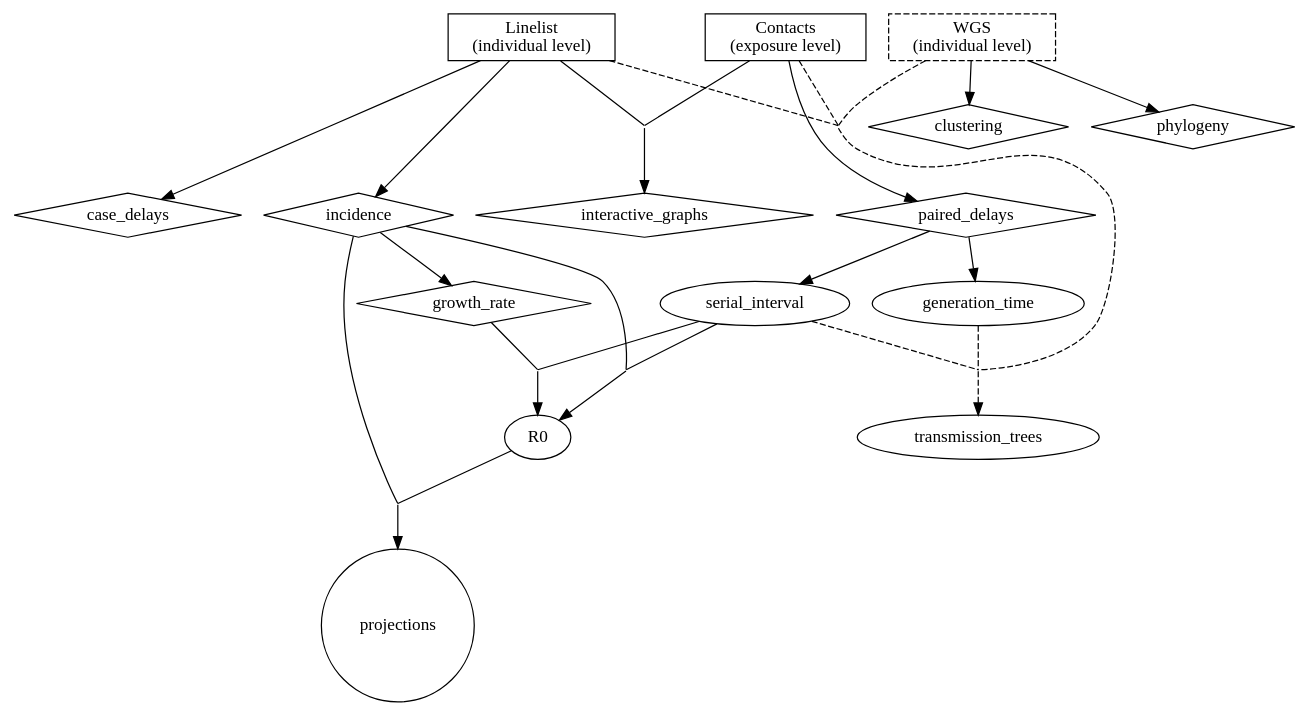
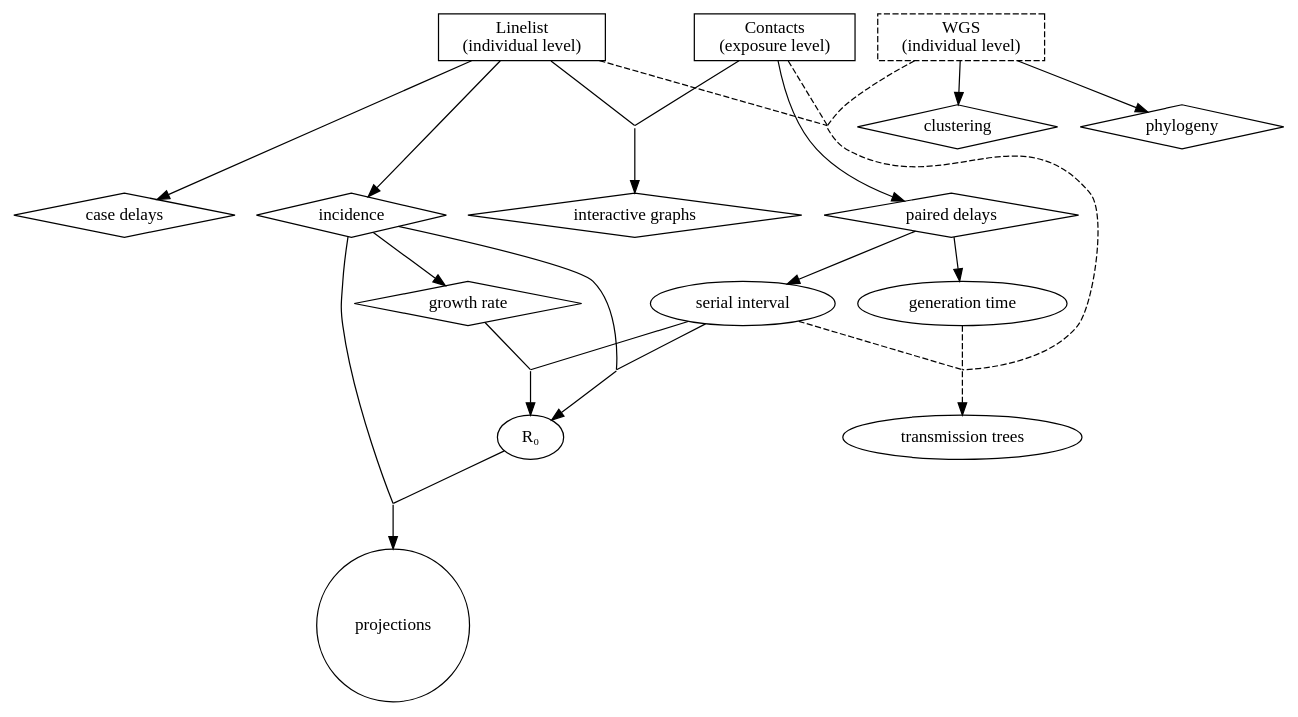
One commit to zkamvar/challenges-manuscript changed the diagram in figure2.dot. Above: the diagram before and after it, drawn with Graphviz.

Commit message:
update labels

```diff
--- a/figure2.dot
+++ b/figure2.dot
@@ -1,82 +1,82 @@
 digraph G {
 	node[shape="box"]
 		linelist[label = "Linelist\n(individual level)"];
 		contacts[label = "Contacts\n(exposure level)"];
 		
 	node[shape="box", style = "dashed"]
 		WGS[label = "WGS\n(individual level)"];
 		
 	node[shape="diamond", style="solid"]
 		incidence;
-		growth_rate;
+		growth_rate [label = "growth rate"];
 		phylogeny;
 		clustering;
-		case_delays;
-		paired_delays;
-		interactive_graphs;
+		case_delays [label = "case delays"];
+		paired_delays [label = "paired delays"];
+		interactive_graphs [label = "interactive graphs"];
 		
 	node[shape="oval"]
-		R0;
-		serial_interval;
-		generation_time;
-		transmission_trees;
+		R0 [label = "R₀"]; // Reproduction number
+		serial_interval [label = "serial interval"];
+		generation_time [label = "generation time"];
+		transmission_trees [label = "transmission trees"];
 
 	node[shape="circle"]
 		projections;
 		
 	node[shape = "none", width = 0, height = 0, label = ""]
 		GrR0; // Growth Rate to R0
 		InRO; // Incidence to R0
 		tPd;  // to paired delays
 		tIg;  // to interactive graphs
 		R0P;  // R0 to Projections
 		TT1;  // to transmission trees
 		TT2;  // to transmission trees
 		
 //	node[shape="box", style = "invis"]
 //		background;
 
 	linelist -> incidence;
 	incidence -> growth_rate;
 
 	incidence       -> InR0 [arrowhead = "none"];
         serial_interval -> InR0 [arrowhead = "none"];
 	InR0            -> R0;
 
 	growth_rate     -> GrR0 [arrowhead = "none"];
 	serial_interval -> GrR0 [arrowhead = "none"];
 	GrR0            -> R0;
 
 	R0        -> R0P [arrowhead = "none"];
 	incidence -> R0P [arrowhead = "none"];
 	R0P       -> projections;
 	
 	linelist -> case_delays;
 
 //	contacts -> tPd [arrowhead = "none"];
 //	linelist -> tPd [arrowhead = "none"];
 //	tPd      -> paired_delays;
 	contacts -> paired_delays;
 	
 	paired_delays -> generation_time;
 	paired_delays -> serial_interval;
 
 	contacts -> tIg [arrowhead = "none"];
 	linelist -> tIg [arrowhead = "none"];
 	tIg      -> interactive_graphs;
 
 	
 	WGS -> phylogeny;
 	WGS -> clustering;
 
 	WGS             -> TT1[ style="dashed", arrowhead="none" ];
 	linelist        -> TT1[ style="dashed", arrowhead="none" ];
 	contacts        -> TT1[ style="dashed", arrowhead="none" ];
 	generation_time -> TT2[ style="dashed", arrowhead="none" ];
 	serial_interval -> TT2[ style="dashed", arrowhead="none" ];
 	TT1             -> TT2[ style="dashed", arrowhead="none" ];
 	TT2             -> transmission_trees [ style = "dashed" ];
 	
 	{rank = "same"; contacts, linelist, WGS}//, background}
 	{rank = "same"; incidence, case_delays, paired_delays, interactive_graphs}//, background}
 }
```
